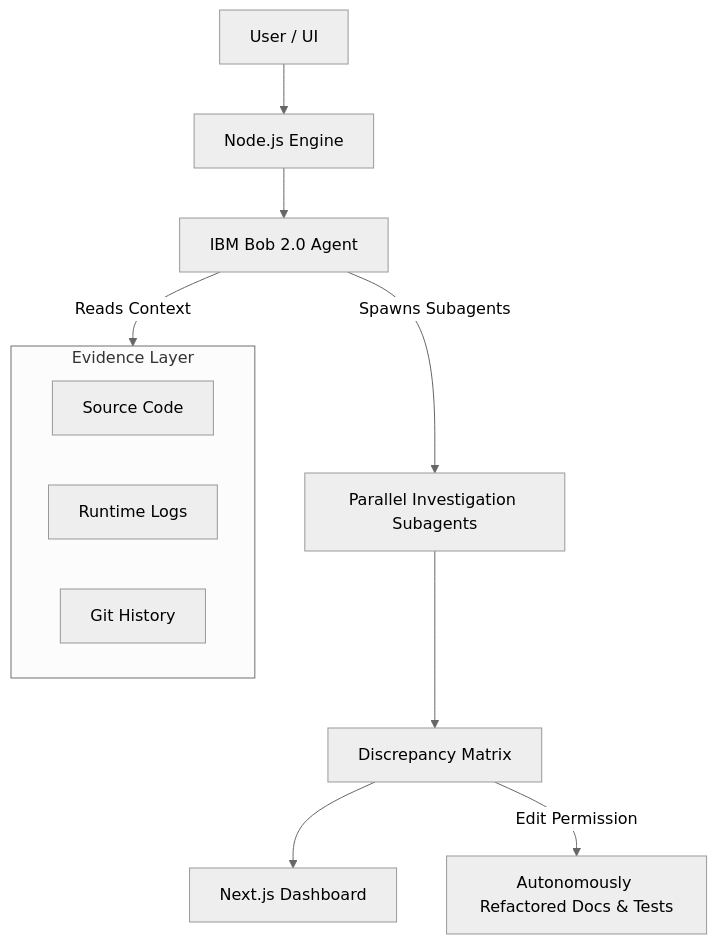
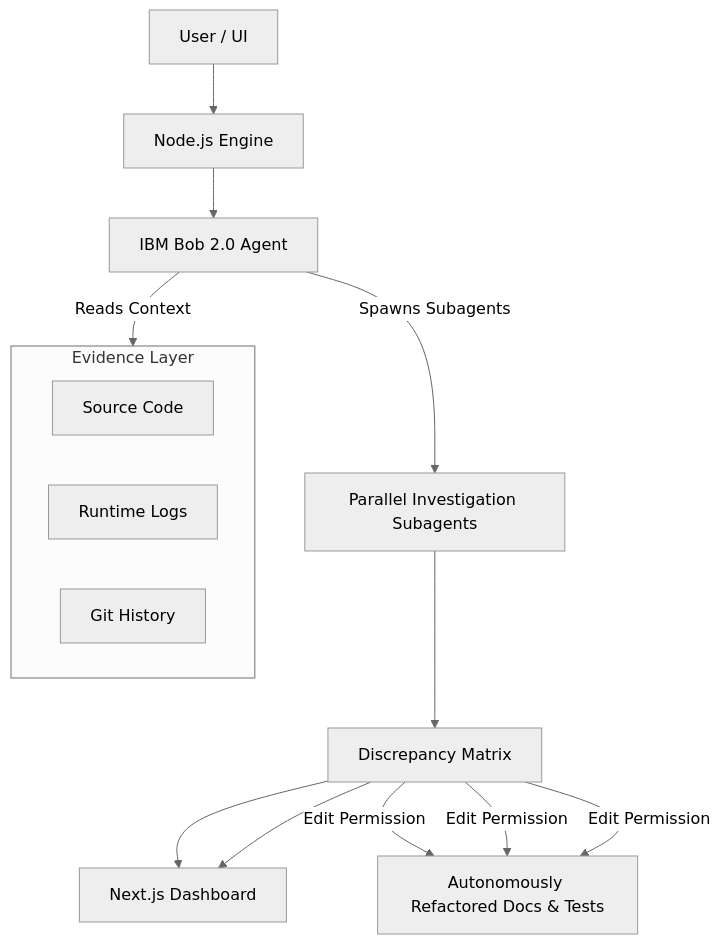
Before and after one commit to Team-Varishta/protocol-archaeologist: the diagram in README.md, drawn with Mermaid (neutral theme).

````diff
--- a/README.md
+++ b/README.md
@@ -32,18 +32,24 @@
 ```mermaid
 flowchart TD
     USER["User / UI"] --> ORCHESTRATOR["Node.js Engine"]
     ORCHESTRATOR --> BOB["IBM Bob 2.0 Agent"]
 
     subgraph EvidenceLayer ["Evidence Layer"]
         CODE["Source Code"]
         LOGS["Runtime Logs"]
         GIT["Git History"]
     end
 
     BOB -->|Reads Context| EvidenceLayer
     BOB -->|Spawns Subagents| AGENTS["Parallel Investigation Subagents"]
 
     AGENTS --> FINDINGS["Discrepancy Matrix"]
     FINDINGS --> UI["Next.js Dashboard"]
     FINDINGS -->|Edit Permission| REWRITE["Autonomously Refactored Docs & Tests"]
+
+    FINDINGS --> UI[Next.js Dashboard]
+    
+    FINDINGS -->|Edit Permission| REWRITE[Autonomously Refactored Docs & Tests]
+    
+    FINDINGS -->|Edit Permission| REWRITE[Autonomously Refactored Docs & Tests]
 ```
````
